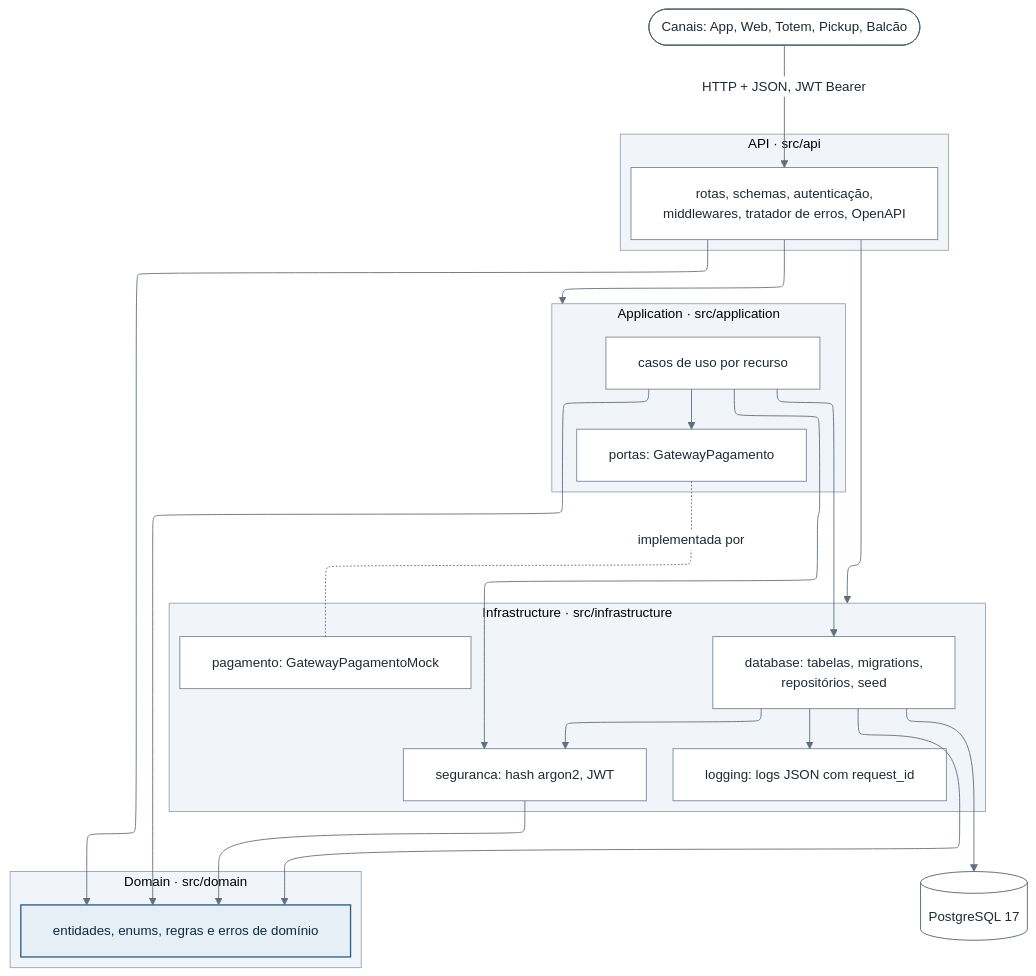
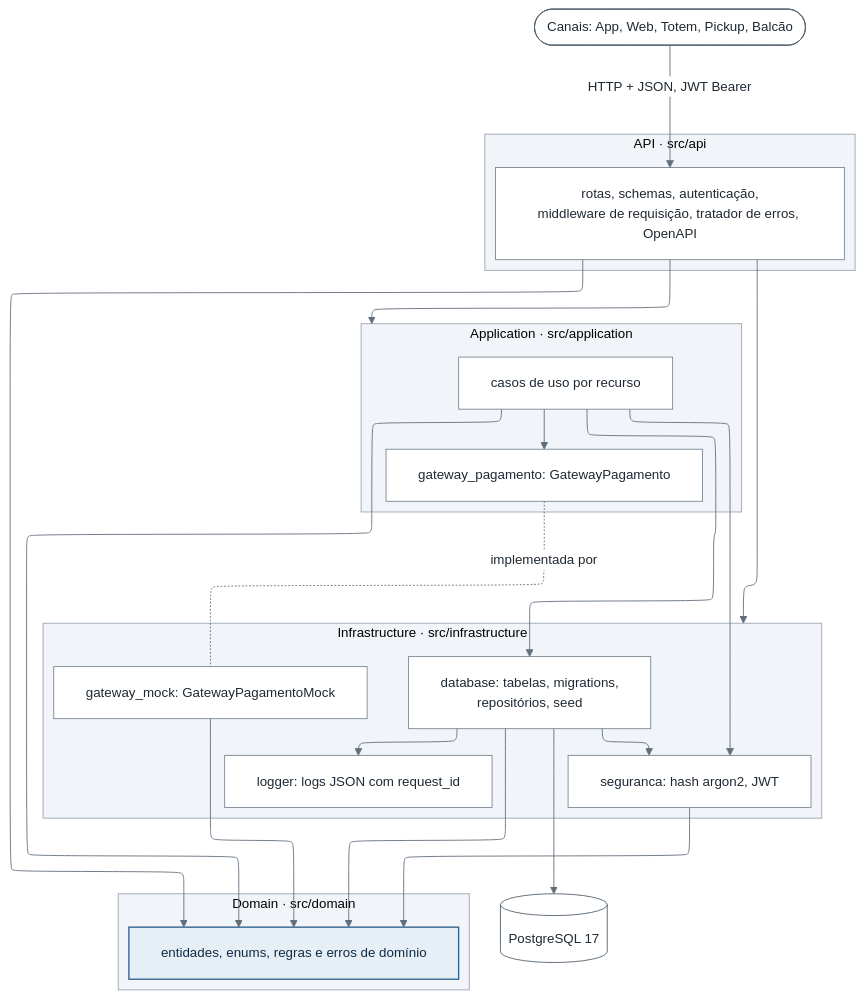
The diagram in docs/diagramas/arquitetura.mmd (SoaresCRF/raizes-do-nordeste), drawn with Mermaid before and after one commit. The commit also changed 135 other files, not shown here.

```diff
--- a/docs/diagramas/arquitetura.mmd
+++ b/docs/diagramas/arquitetura.mmd
@@ -1,66 +1,67 @@
 ---
 config:
   theme: base
   layout: elk
   fontFamily: "Segoe UI, Arial, sans-serif"
   themeVariables:
     fontSize: 15px
     primaryColor: "#FFFFFF"
     primaryBorderColor: "#7B8794"
     primaryTextColor: "#1F2933"
     lineColor: "#616E7C"
     clusterBkg: "#F1F4F8"
     clusterBorder: "#9AA5B1"
     edgeLabelBackground: "#FFFFFF"
     dropShadow: none
   flowchart:
     nodeSpacing: 36
     rankSpacing: 60
     padding: 18
     wrappingWidth: 320
 ---
 flowchart TB
     clientes(["Canais: App, Web, Totem, Pickup, Balcão"])
 
     subgraph api["API · src/api"]
-        rotas["rotas, schemas, autenticação,<br/>middlewares, tratador de erros, OpenAPI"]
+        rotas["rotas, schemas, autenticação,<br/>middleware de requisição, tratador de erros, OpenAPI"]
     end
 
     subgraph application["Application · src/application"]
         casos["casos de uso por recurso"]
-        portas["portas: GatewayPagamento"]
+        portas["gateway_pagamento: GatewayPagamento"]
     end
 
     subgraph infrastructure["Infrastructure · src/infrastructure"]
-        pagamento["pagamento: GatewayPagamentoMock"]
+        pagamento["gateway_mock: GatewayPagamentoMock"]
         banco["database: tabelas, migrations,<br/>repositórios, seed"]
         seguranca["seguranca: hash argon2, JWT"]
-        logging["logging: logs JSON com request_id"]
+        logging["logger: logs JSON com request_id"]
     end
 
     subgraph domain["Domain · src/domain"]
         entidades["entidades, enums, regras e erros de domínio"]
     end
 
     postgres[("PostgreSQL 17")]
 
     %% As rotas usam todos os módulos de Application e Infrastructure, por isso a seta vai para o grupo.
     clientes -- "HTTP + JSON, JWT Bearer" --> rotas
     rotas --> application
     rotas --> infrastructure
     rotas --> entidades
     casos --> portas
     casos --> entidades
     casos --> banco
     casos --> seguranca
     portas -. implementada por .- pagamento
     banco --> seguranca
     banco --> logging
     banco --> entidades
     seguranca --> entidades
+    pagamento --> entidades
     banco --> postgres
 
     classDef nucleo fill:#E6EEF6,stroke:#2F5F8A,stroke-width:1.5px,color:#102A43
     classDef externo fill:#FFFFFF,stroke:#52606D,stroke-width:1px,color:#1F2933
     class entidades nucleo
     class clientes,postgres externo
```
